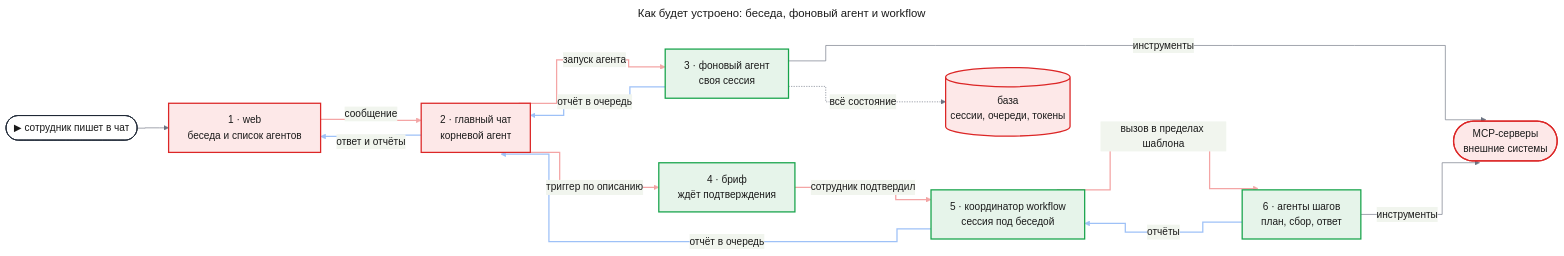
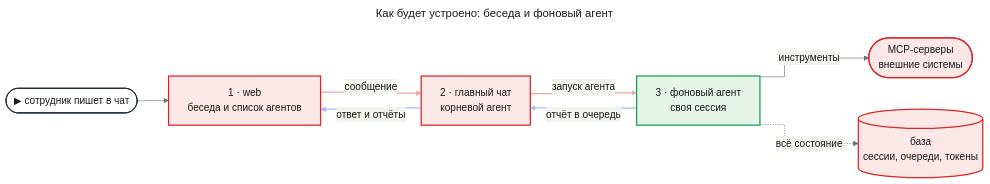
One commit to tundraray/agent-os changed the first of 5 diagrams in docs/features/agent-platform/prd.md. Above: the diagram before and after it, drawn with Mermaid. The commit also changed other lines of this file and 1225 other files, not shown here.

````diff
--- a/docs/features/agent-platform/prd.md
+++ b/docs/features/agent-platform/prd.md
@@ -50,66 +47,47 @@
 ```mermaid
 ---
-title: "Как будет устроено: беседа, фоновый агент и workflow"
+title: "Как будет устроено: беседа и фоновый агент"
 config:
   theme: base
   look: classic
   themeVariables:
     primaryColor: "#eef1f5"
     primaryBorderColor: "#4b5563"
     primaryTextColor: "#1a1a1a"
     lineColor: "#6b7280"
   flowchart:
     curve: step
   themeCSS: |
     @keyframes lit_ov{0%,10%{stroke:#991b1b;stroke-width:6px}11.11%,100%{stroke:#f4a5a5;stroke-width:2px}}
     @keyframes litr_ov{0%,10%{stroke:#1d4ed8;stroke-width:6px}11.11%,100%{stroke:#9ec1f7;stroke-width:2px}}
 ---
 flowchart LR
     entry(["▶ сотрудник пишет в чат"])
     web["1 · web<br/>беседа и список агентов"]
     chat["2 · главный чат<br/>корневой агент"]
     agent["3 · фоновый агент<br/>своя сессия"]
-    brief["4 · бриф<br/>ждёт подтверждения"]
-    wf["5 · координатор workflow<br/>сессия под беседой"]
-    steps["6 · агенты шагов<br/>план, сбор, ответ"]
     mcp(["MCP-серверы<br/>внешние системы"])
     db[("база<br/>сессии, очереди, токены")]
     entry --> web
     web e1@-->|"сообщение"| chat
     chat e2@-->|"запуск агента"| agent
-    chat e3@-->|"триггер по описанию"| brief
-    brief e4@-->|"сотрудник подтвердил"| wf
-    wf e5@-->|"вызов в пределах шаблона"| steps
-    steps e6@-->|"отчёты"| wf
-    wf e7@-->|"отчёт в очередь"| chat
     agent e8@-->|"отчёт в очередь"| chat
     chat e9@-->|"ответ и отчёты"| web
     agent -->|"инструменты"| mcp
-    steps -->|"инструменты"| mcp
     agent -.->|"всё состояние"| db
     classDef entry fill:#ffffff,stroke:#1f2937,stroke-width:1.5px,color:#1a1a1a
     classDef changed fill:#fde8e8,stroke:#dc2626,stroke-width:2px,color:#1a1a1a
     classDef new fill:#e6f4ea,stroke:#16a34a,stroke-width:2px,color:#1a1a1a
     classDef unchanged fill:#eef1f5,stroke:#4b5563,stroke-width:1.5px,color:#1a1a1a
     classDef w1 stroke:#f4a5a5,stroke-width:2px,animation:lit_ov 10.8s linear 0s infinite
     classDef w2 stroke:#f4a5a5,stroke-width:2px,animation:lit_ov 10.8s linear 1.2s infinite
-    classDef w3 stroke:#f4a5a5,stroke-width:2px,animation:lit_ov 10.8s linear 2.4s infinite
-    classDef w4 stroke:#f4a5a5,stroke-width:2px,animation:lit_ov 10.8s linear 3.6s infinite
-    classDef w5 stroke:#f4a5a5,stroke-width:2px,animation:lit_ov 10.8s linear 4.8s infinite
-    classDef r1 stroke:#9ec1f7,stroke-width:2px,animation:litr_ov 10.8s linear 6s infinite
-    classDef r2 stroke:#9ec1f7,stroke-width:2px,animation:litr_ov 10.8s linear 7.2s infinite
     classDef r3 stroke:#9ec1f7,stroke-width:2px,animation:litr_ov 10.8s linear 8.4s infinite
     classDef r4 stroke:#9ec1f7,stroke-width:2px,animation:litr_ov 10.8s linear 9.6s infinite
     class entry entry
     class web,chat,db,mcp changed
-    class agent,brief,wf,steps new
+    class agent new
     class e1 w1
     class e2 w2
-    class e3 w3
-    class e4 w4
-    class e5 w5
-    class e6 r1
-    class e7 r2
     class e8 r3
     class e9 r4
 ```
````
